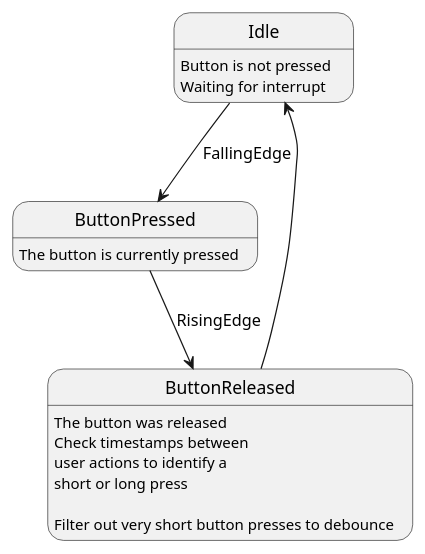
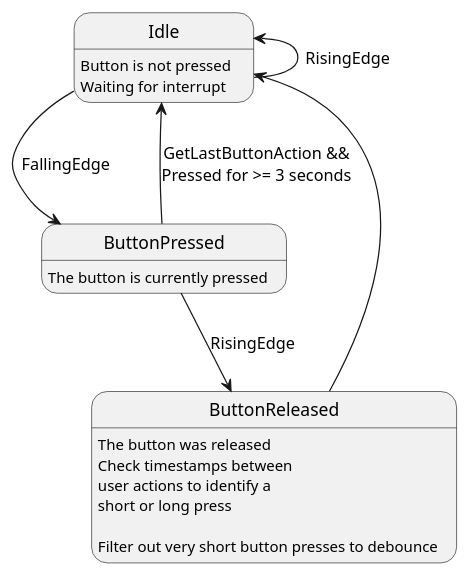
Before and after one commit to coconut147/piMac: the diagram in piMac_Systemcontroller/button.md, drawn with PlantUML. The commit also changed 2 other files, not shown here.

Commit message:
Implemented LongPress detection in pressed state
This fixes #2

````diff
--- a/piMac_Systemcontroller/button.md
+++ b/piMac_Systemcontroller/button.md
@@ -28,17 +28,20 @@
 ```plantuml
 
 
 @startuml
 
 state Idle : Button is not pressed \nWaiting for interrupt
 
 state ButtonPressed : The button is currently pressed
 state ButtonReleased: The button was released\nCheck timestamps between\nuser actions to identify a\nshort or long press\n\nFilter out very short button presses to debounce
 
 Idle --> ButtonPressed : FallingEdge
 ButtonPressed --> ButtonReleased : RisingEdge
+ButtonPressed --> Idle : GetLastButtonAction &&\nPressed for >= 3 seconds
 ButtonReleased --> Idle 
+
+Idle -up-> Idle : RisingEdge 
 
 @enduml
 
 ```
````
